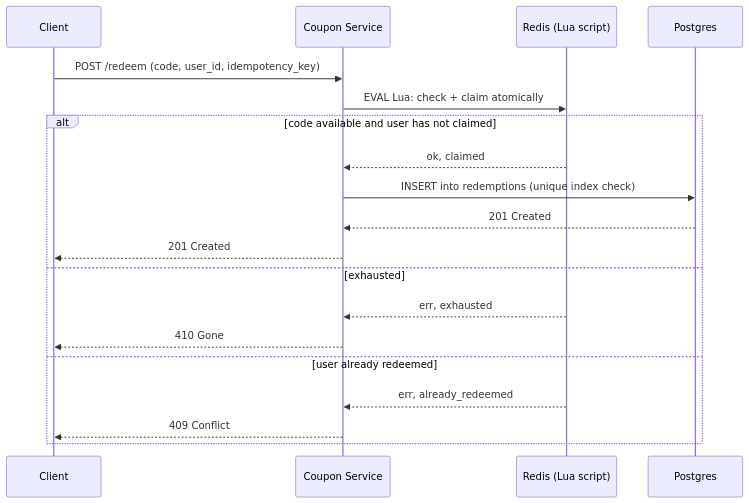
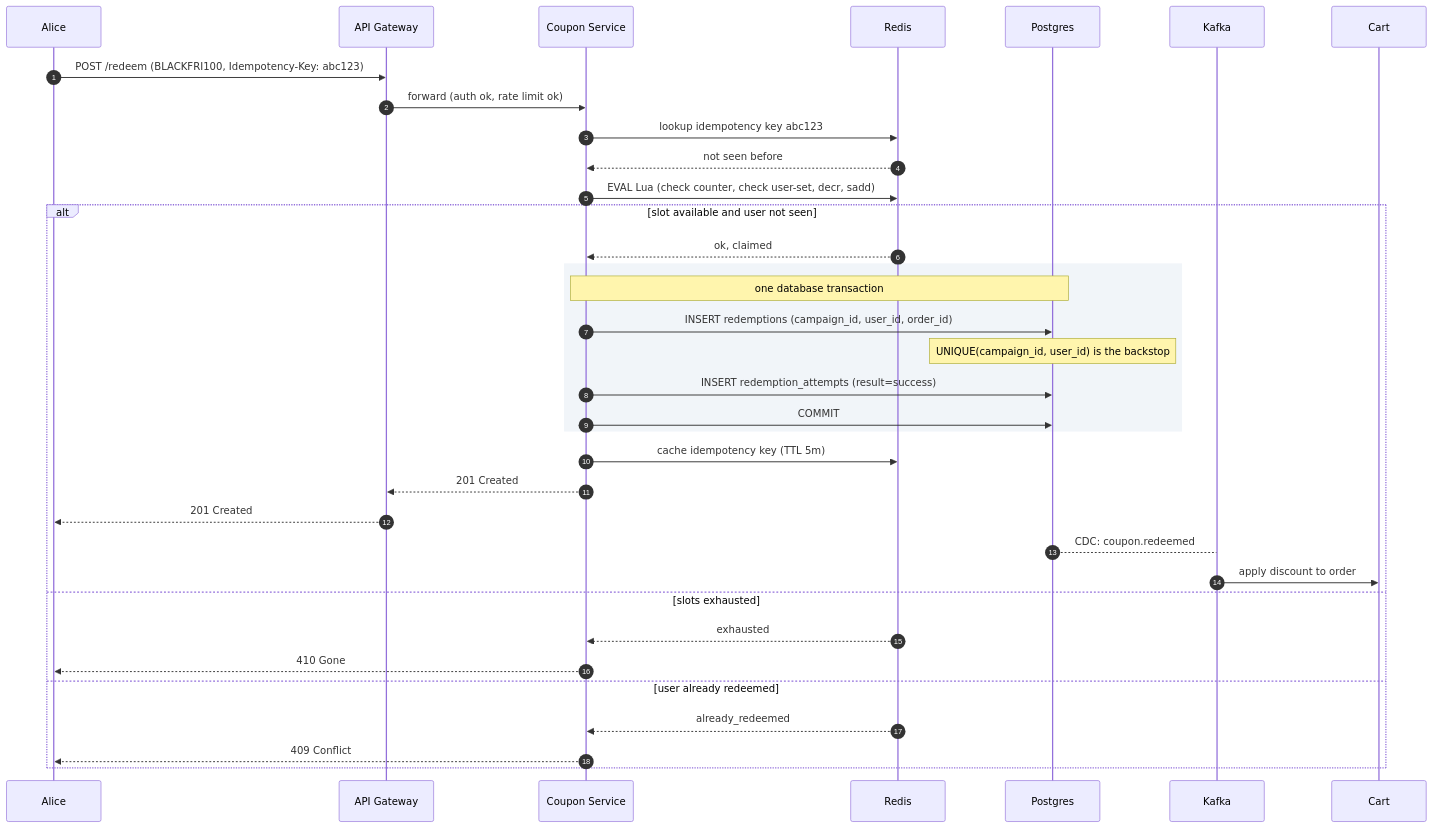
Before and after one commit to shiningflash/system-design: the ninth of 11 diagrams in problems/014-coupon-redemption/question.md, drawn with Mermaid. The commit also changed other lines of this file and 38 other files, not shown here.

````diff
--- a/problems/014-coupon-redemption/question.md
+++ b/problems/014-coupon-redemption/question.md
@@ -266,22 +375,39 @@
 ```mermaid
 sequenceDiagram
-    participant C as Client
+    autonumber
+    participant Alice
+    participant GW as API Gateway
     participant S as Coupon Service
-    participant R as Redis (Lua script)
-    participant P as Postgres
+    participant Redis
+    participant DB as Postgres
+    participant K as Kafka
+    participant Cart
 
-    C->>S: POST /redeem (code, user_id, idempotency_key)
-    S->>R: EVAL Lua: check + claim atomically
-    alt code available and user has not claimed
-        R-->>S: ok, claimed
-        S->>P: INSERT into redemptions (unique index check)
-        P-->>S: 201 Created
-        S-->>C: 201 Created
-    else exhausted
-        R-->>S: err, exhausted
-        S-->>C: 410 Gone
+    Alice->>GW: POST /redeem (BLACKFRI100, Idempotency-Key: abc123)
+    GW->>S: forward (auth ok, rate limit ok)
+    S->>Redis: lookup idempotency key abc123
+    Redis-->>S: not seen before
+    S->>Redis: EVAL Lua (check counter, check user-set, decr, sadd)
+
+    alt slot available and user not seen
+        Redis-->>S: ok, claimed
+        rect rgb(241, 245, 249)
+            Note over S,DB: one database transaction
+            S->>DB: INSERT redemptions (campaign_id, user_id, order_id)
+            Note over DB: UNIQUE(campaign_id, user_id) is the backstop
+            S->>DB: INSERT redemption_attempts (result=success)
+            S->>DB: COMMIT
+        end
+        S->>Redis: cache idempotency key (TTL 5m)
+        S-->>GW: 201 Created
+        GW-->>Alice: 201 Created
+        DB-->K: CDC: coupon.redeemed
+        K->>Cart: apply discount to order
+    else slots exhausted
+        Redis-->>S: exhausted
+        S-->>Alice: 410 Gone
     else user already redeemed
-        R-->>S: err, already_redeemed
-        S-->>C: 409 Conflict
+        Redis-->>S: already_redeemed
+        S-->>Alice: 409 Conflict
     end
 ```
````
